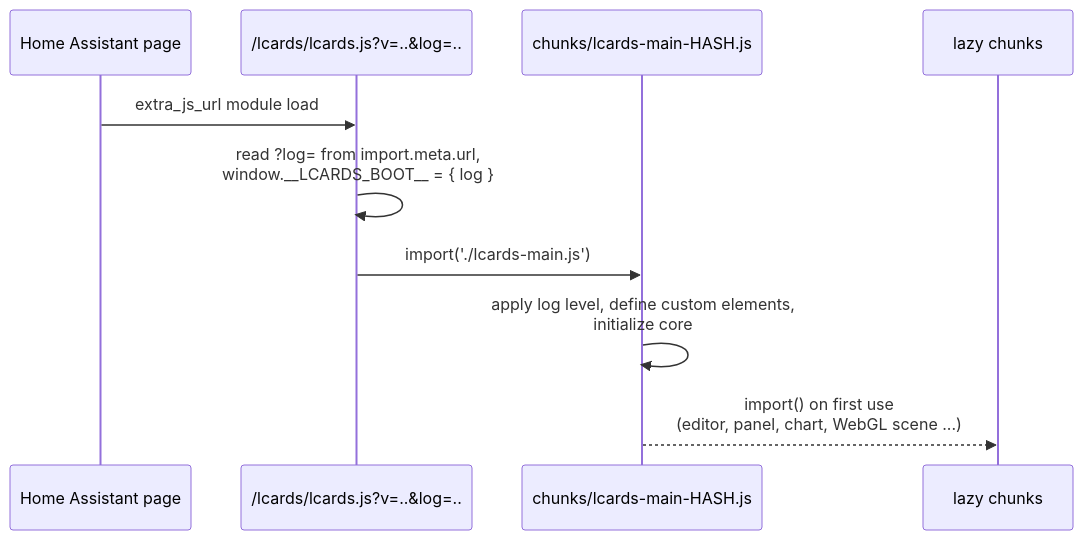
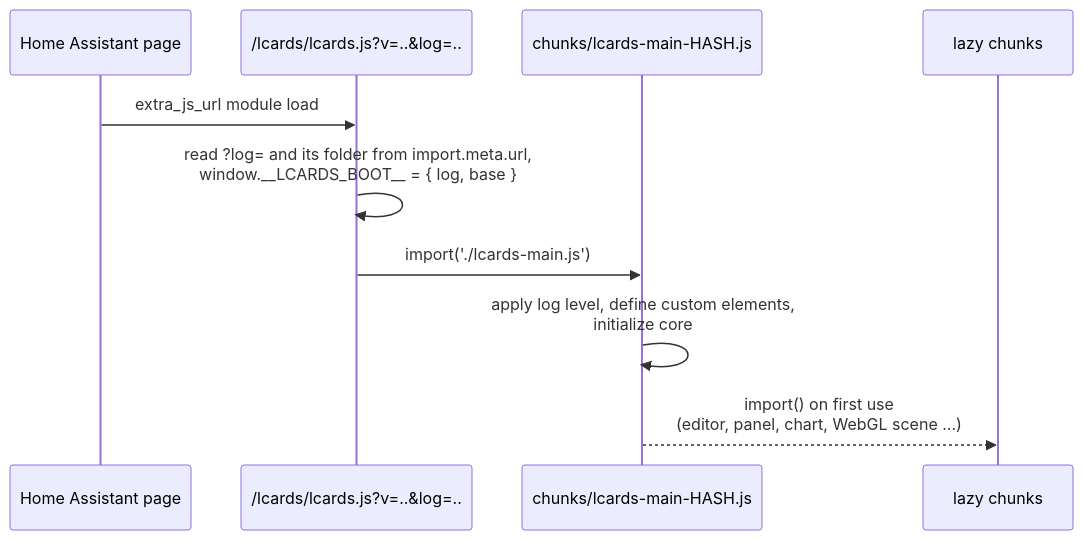
Before and after one commit to snootched/lcards: the third of 5 diagrams in doc/architecture/ha-integration.md, drawn with Mermaid. The commit also changed other lines of this file and 56 other files, not shown here.

````diff
--- a/doc/architecture/ha-integration.md
+++ b/doc/architecture/ha-integration.md
@@ -206,13 +206,13 @@
 ```mermaid
 sequenceDiagram
     participant Page as Home Assistant page
     participant Stub as /lcards/lcards.js?v=..&log=..
     participant Main as chunks/lcards-main-HASH.js
     participant Lazy as lazy chunks
 
     Page->>Stub: extra_js_url module load
-    Stub->>Stub: read ?log= from import.meta.url,<br/>window.__LCARDS_BOOT__ = { log }
+    Stub->>Stub: read ?log= and its folder from import.meta.url,<br/>window.__LCARDS_BOOT__ = { log, base }
     Stub->>Main: import('./lcards-main.js')
     Main->>Main: apply log level, define custom elements,<br/>initialize core
     Main-->>Lazy: import() on first use<br/>(editor, panel, chart, WebGL scene ...)
 ```
````
